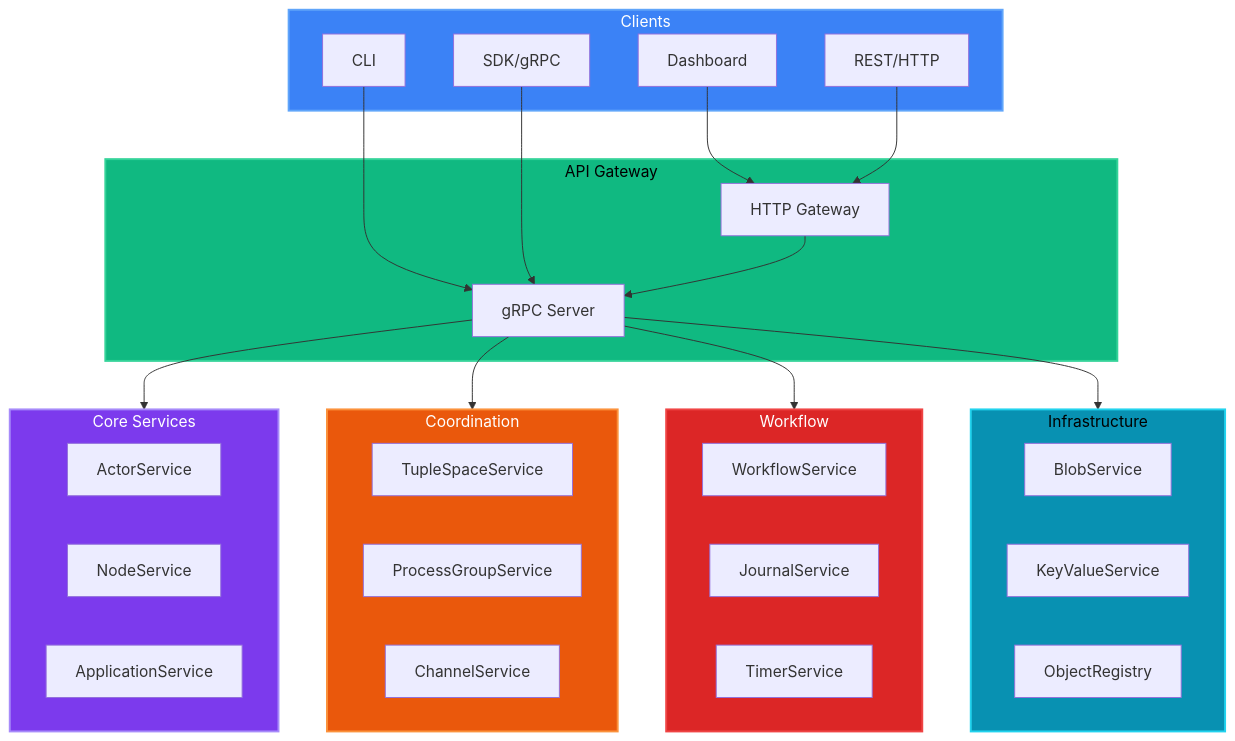
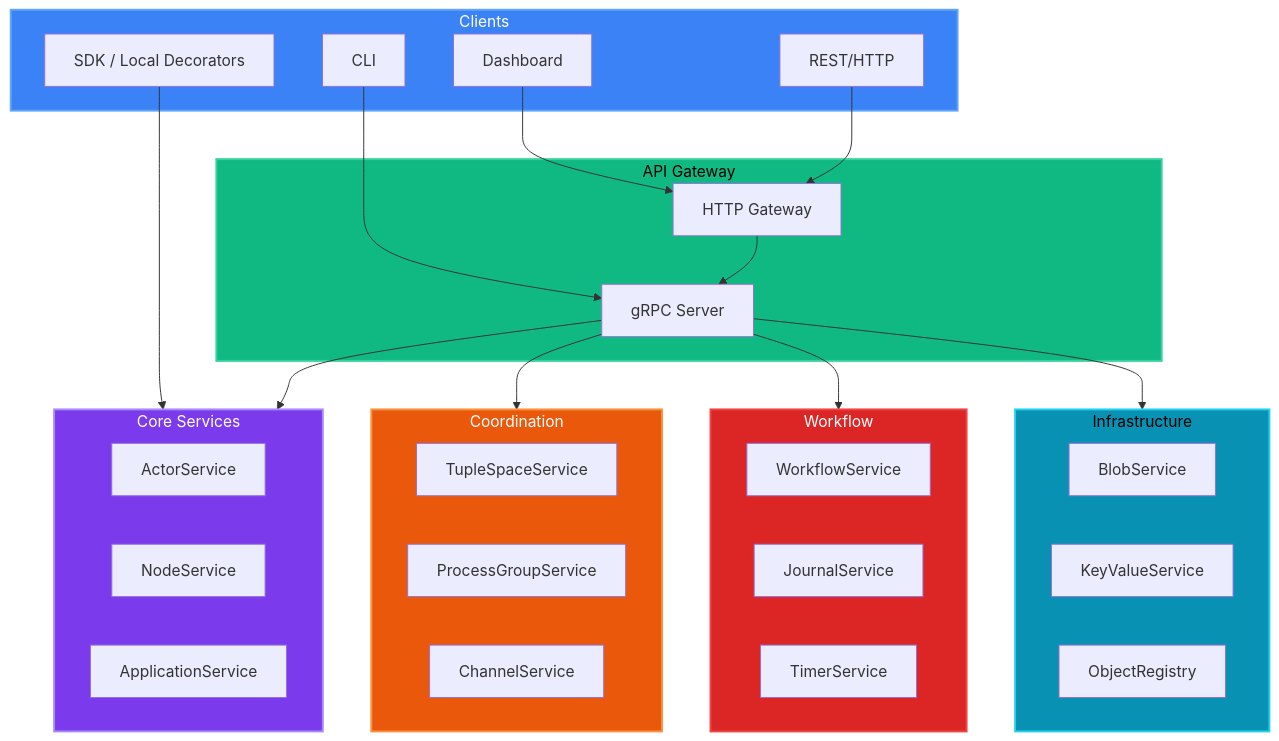
One commit to bhatti/PlexSpaces changed the diagram in docs/services.md. Above: the diagram before and after it, drawn with Mermaid. The commit also changed other lines of this file and 138 other files, not shown here.

````diff
--- a/docs/services.md
+++ b/docs/services.md
@@ -48,56 +49,56 @@
 ```mermaid
 graph TB
     subgraph Clients["Clients"]
         CLI["CLI"]
         Dashboard["Dashboard"]
-        SDK["SDK/gRPC"]
+        SDK["SDK / Local Decorators"]
         REST["REST/HTTP"]
     end
     
     subgraph Gateway["API Gateway"]
         gRPC["gRPC Server"]
         HTTP["HTTP Gateway"]
     end
     
     subgraph Core["Core Services"]
         Actor["ActorService"]
         Node["NodeService"]
         App["ApplicationService"]
     end
     
     subgraph Coordination["Coordination"]
         TS["TupleSpaceService"]
         PG["ProcessGroupService"]
         Ch["ChannelService"]
     end
     
     subgraph Workflow["Workflow"]
         WF["WorkflowService"]
         Journal["JournalService"]
         Timer["TimerService"]
     end
     
     subgraph Infrastructure["Infrastructure"]
         Blob["BlobService"]
         KV["KeyValueService"]
         OR["ObjectRegistry"]
     end
     
     CLI --> gRPC
     Dashboard --> HTTP
-    SDK --> gRPC
+    SDK --> Core
     REST --> HTTP
     
     HTTP --> gRPC
     gRPC --> Core
     gRPC --> Coordination
     gRPC --> Workflow
     gRPC --> Infrastructure
     
     style Clients fill:#3b82f6,stroke:#60a5fa,stroke-width:2px,color:#fff
     style Gateway fill:#10b981,stroke:#34d399,stroke-width:2px,color:#000
     style Core fill:#7c3aed,stroke:#a78bfa,stroke-width:2px,color:#fff
     style Coordination fill:#ea580c,stroke:#fb923c,stroke-width:2px,color:#fff
     style Workflow fill:#dc2626,stroke:#ef4444,stroke-width:2px,color:#fff
     style Infrastructure fill:#0891b2,stroke:#22d3ee,stroke-width:2px,color:#000
 ```
````
